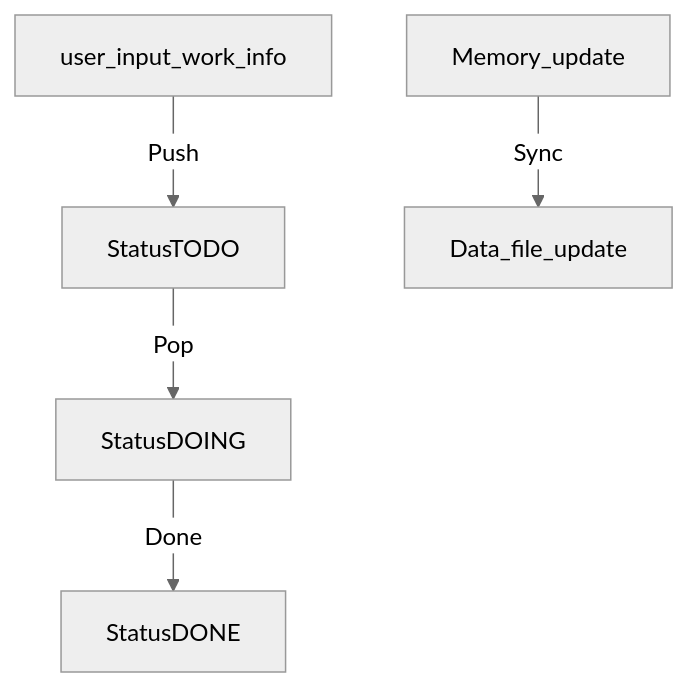
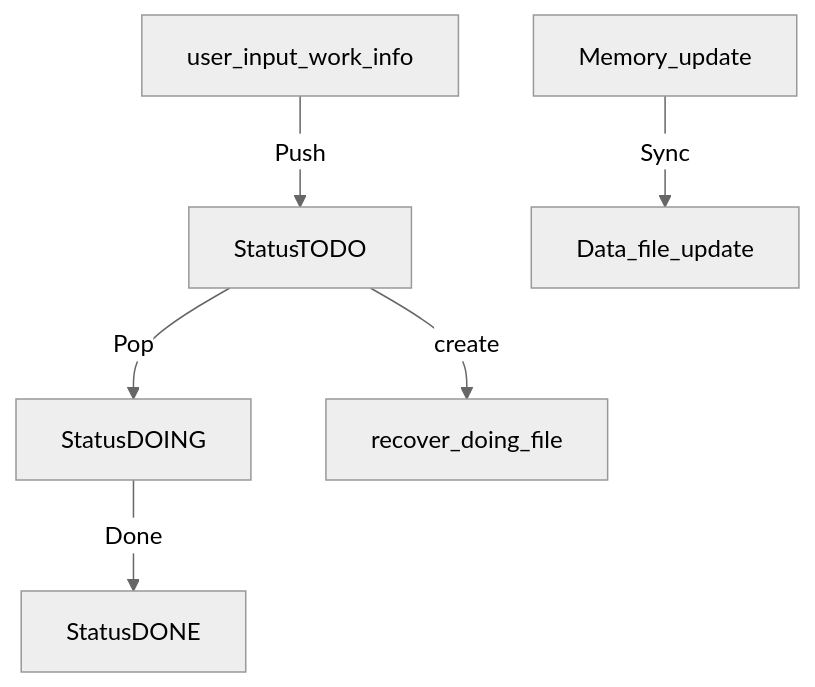
Before and after one commit to IridiumNan/project-todo: the third of 3 diagrams in design.md, drawn with Mermaid (neutral theme). The commit also changed other lines of this file and 11 other files, not shown here.

Commit message:
Write README and design without mermaid polish

````diff
--- a/design.md
+++ b/design.md
@@ -159,8 +160,9 @@
 ```mermaid
 graph TB
     user_input_work_info --> | Push | StatusTODO
     StatusTODO --> | Pop | StatusDOING
+    StatusTODO --> |create|recover_doing_file
     StatusDOING --> | Done | StatusDONE
 
     Memory_update --> | Sync | Data_file_update
 ```
````
